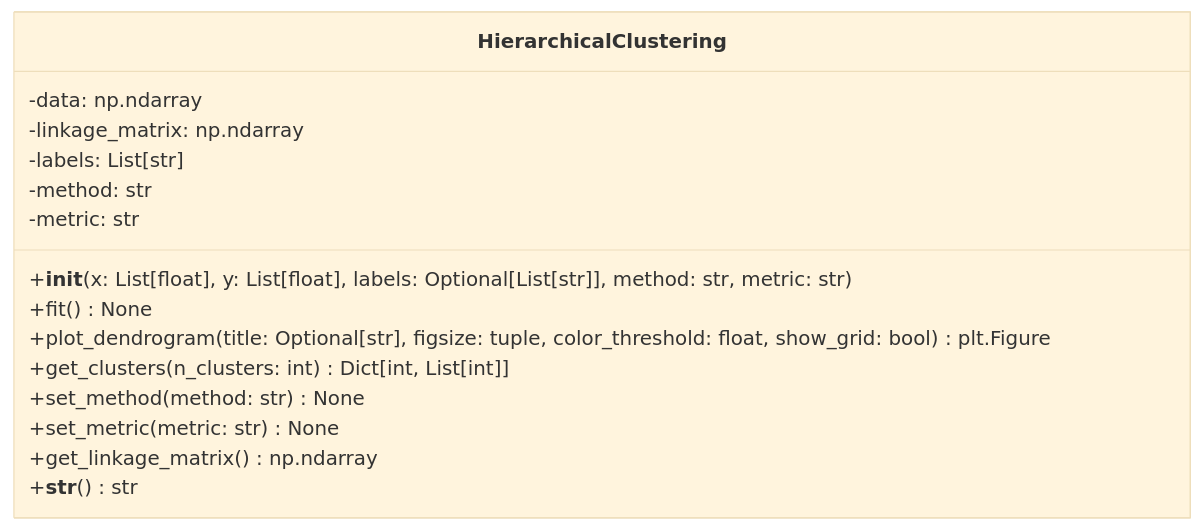
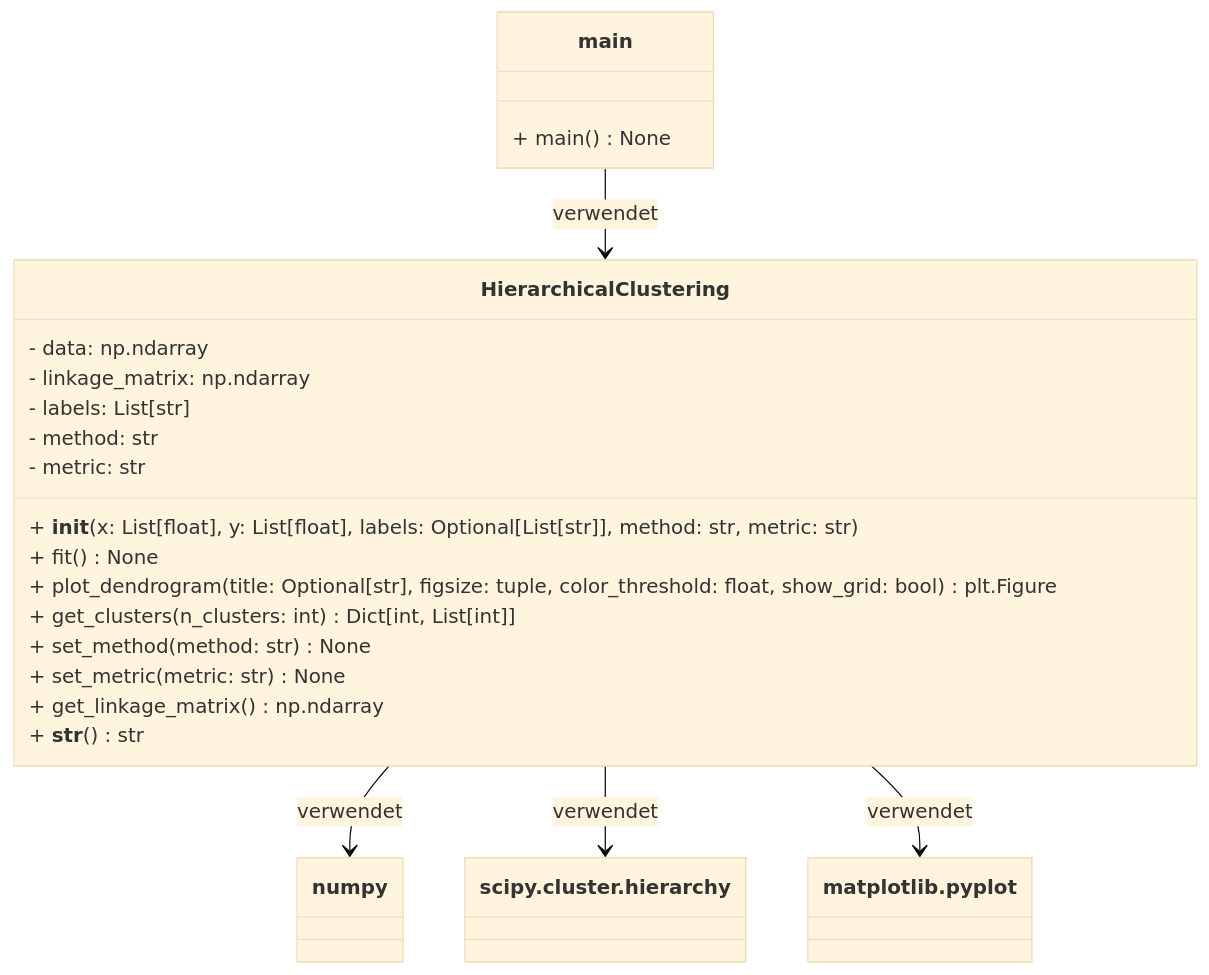
The first of 3 diagrams in HierarchicalClustering/README.md (ufuk2113/DataScience), drawn with Mermaid (base theme) before and after one commit. The commit also changed other lines of this file and 1 other file, not shown here.

````diff
--- a/HierarchicalClustering/README.md
+++ b/HierarchicalClustering/README.md
@@ -18,19 +11,28 @@
 ```mermaid
 classDiagram
     class HierarchicalClustering {
-        -data: np.ndarray
-        -linkage_matrix: np.ndarray
-        -labels: List[str]
-        -method: str
-        -metric: str
+        - data: np.ndarray
+        - linkage_matrix: np.ndarray
+        - labels: List[str]
+        - method: str
+        - metric: str
         
-        +__init__(x: List[float], y: List[float], labels: Optional[List[str]], method: str, metric: str)
-        +fit() None
-        +plot_dendrogram(title: Optional[str], figsize: tuple, color_threshold: float, show_grid: bool) plt.Figure
-        +get_clusters(n_clusters: int) Dict[int, List[int]]
-        +set_method(method: str) None
-        +set_metric(metric: str) None
-        +get_linkage_matrix() np.ndarray
-        +__str__() str
+        + __init__(x: List[float], y: List[float], labels: Optional[List[str]], method: str, metric: str)
+        + fit() None
+        + plot_dendrogram(title: Optional[str], figsize: tuple, color_threshold: float, show_grid: bool) plt.Figure
+        + get_clusters(n_clusters: int) Dict[int, List[int]]
+        + set_method(method: str) None
+        + set_metric(metric: str) None
+        + get_linkage_matrix() np.ndarray
+        + __str__() str
     }
+    
+    class main {
+        + main() None
+    }
+    
+    main --> HierarchicalClustering : verwendet
+    HierarchicalClustering --> numpy : verwendet
+    HierarchicalClustering --> scipy.cluster.hierarchy : verwendet
+    HierarchicalClustering --> matplotlib.pyplot : verwendet
 ```
````
